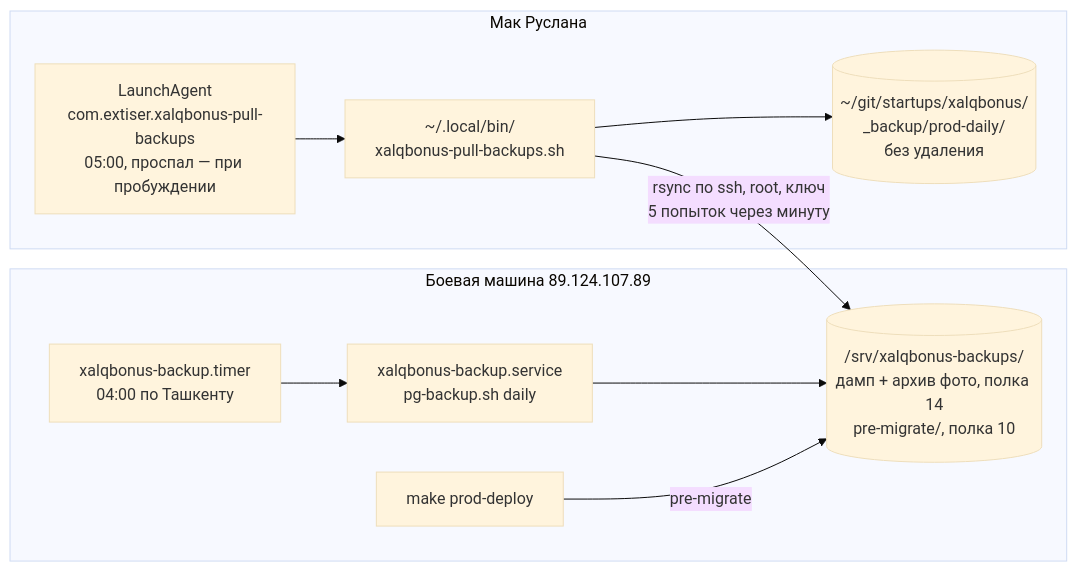
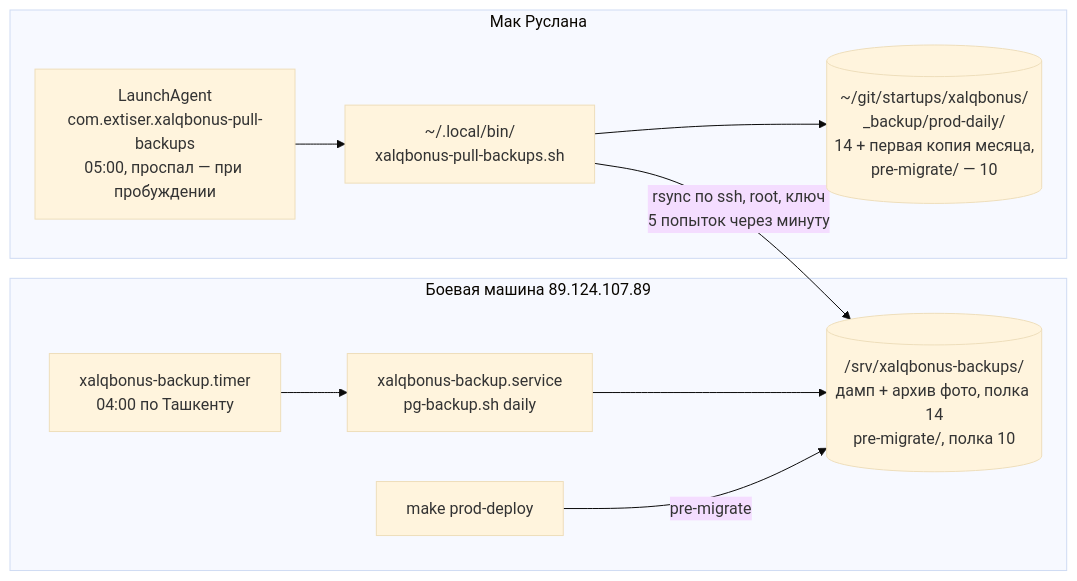
The diagram in docker/DEPLOY-MANUAL.md (extiser/xalqbonus), drawn with Mermaid (base theme) before and after one commit. The commit also changed other lines of this file, not shown here.

````diff
--- a/docker/DEPLOY-MANUAL.md
+++ b/docker/DEPLOY-MANUAL.md
@@ -1539,13 +1539,13 @@
 ```mermaid
 flowchart LR
   subgraph machine["Боевая машина 89.124.107.89"]
     timer["xalqbonus-backup.timer<br/>04:00 по Ташкенту"] --> service["xalqbonus-backup.service<br/>pg-backup.sh daily"]
     service --> shelf[("/srv/xalqbonus-backups/<br/>дамп + архив фото, полка 14<br/>pre-migrate/, полка 10")]
     deploy["make prod-deploy"] -->|pre-migrate| shelf
   end
   subgraph mac["Мак Руслана"]
     agent["LaunchAgent<br/>com.extiser.xalqbonus-pull-backups<br/>05:00, проспал — при пробуждении"] --> script["~/.local/bin/<br/>xalqbonus-pull-backups.sh"]
-    script --> local[("~/git/startups/xalqbonus/<br/>_backup/prod-daily/<br/>без удаления")]
+    script --> local[("~/git/startups/xalqbonus/<br/>_backup/prod-daily/<br/>14 + первая копия месяца,<br/>pre-migrate/ — 10")]
   end
   script -->|"rsync по ssh, root, ключ<br/>5 попыток через минуту"| shelf
 ```
````
